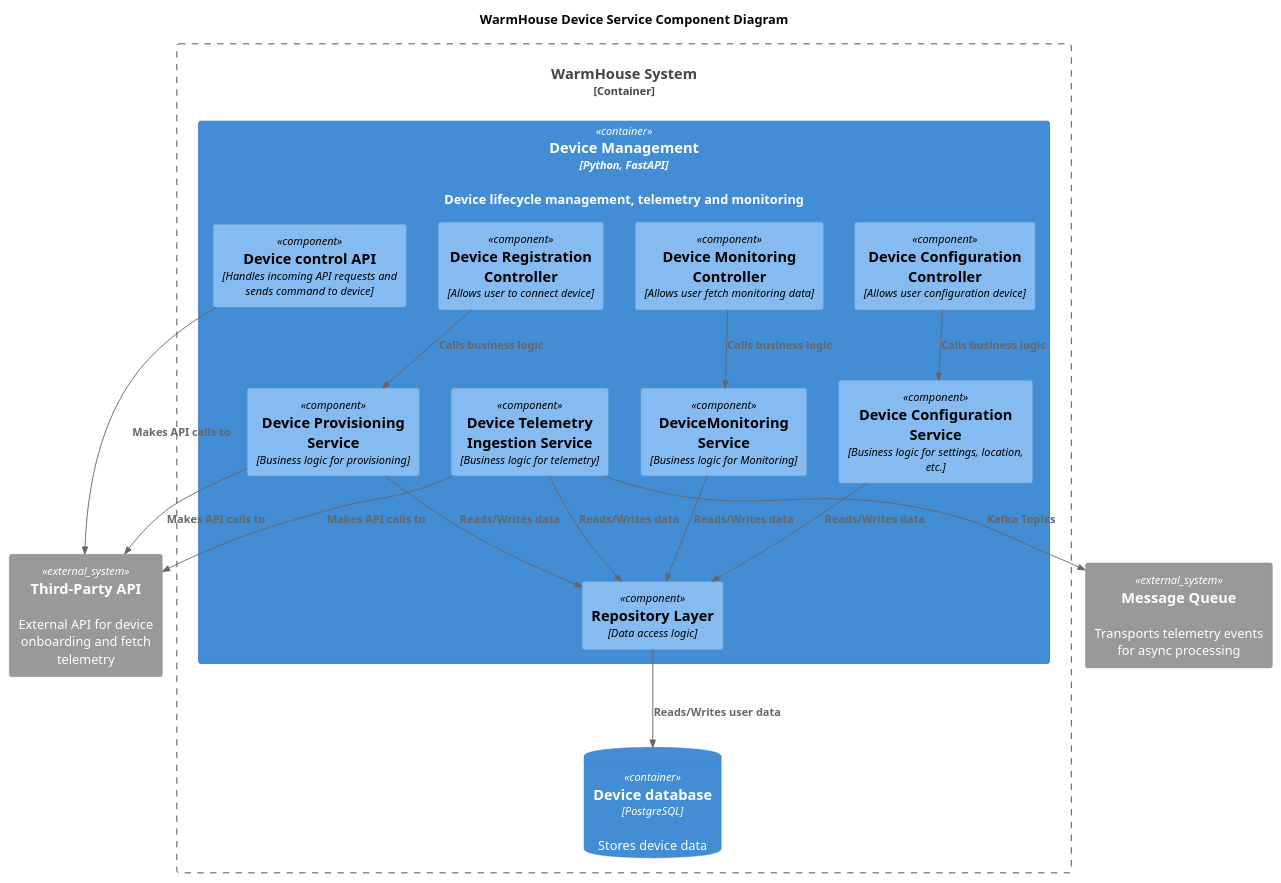
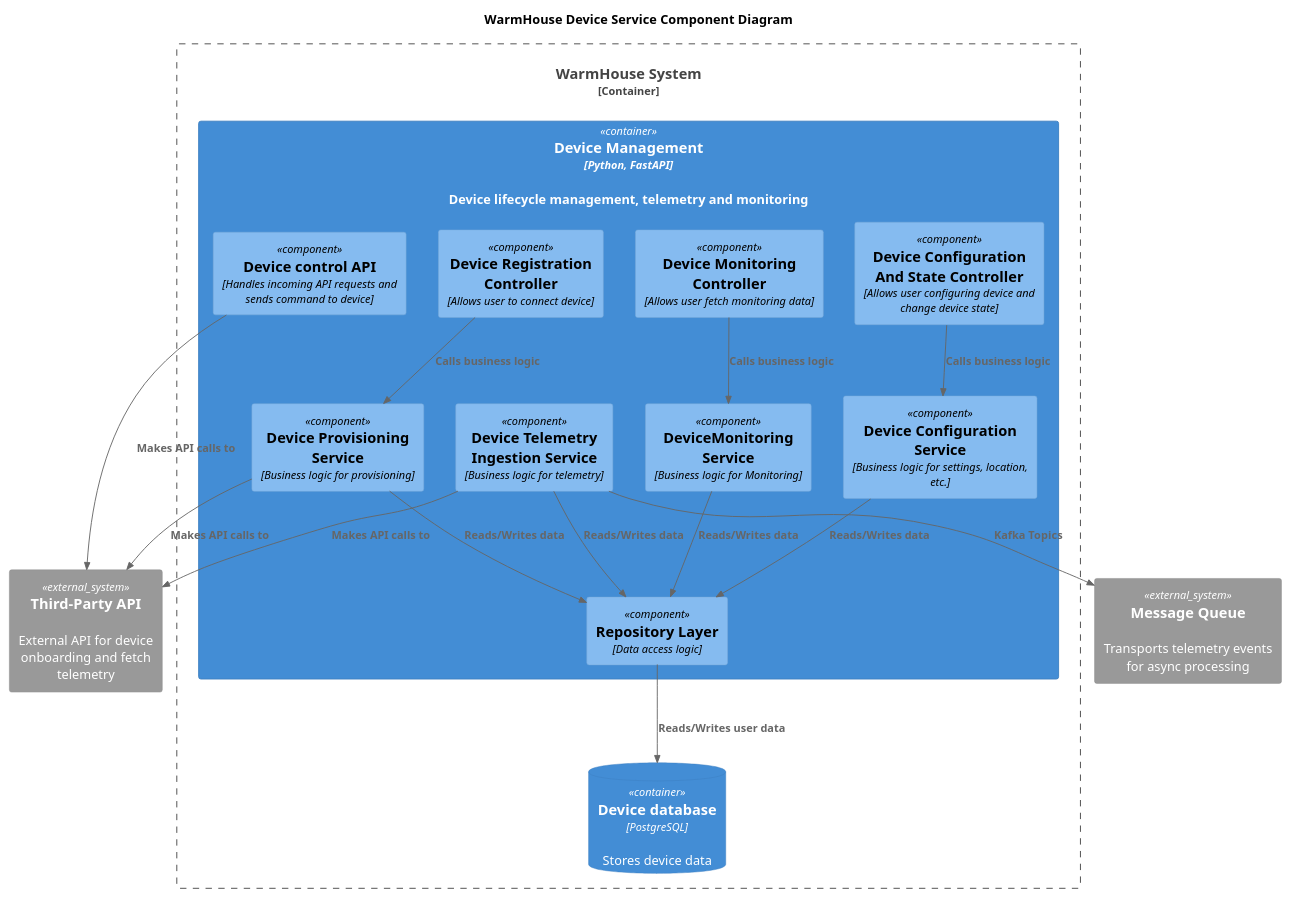
The diagram in diagrams/Component_Device_Management.puml (EvgenyTernovoy/warmhouse), drawn with PlantUML before and after one commit. The commit also changed 4 other files, not shown here.

Commit message:
fix: diagrams

```diff
--- a/diagrams/Component_Device_Management.puml
+++ b/diagrams/Component_Device_Management.puml
@@ -1,41 +1,41 @@
 @startuml
 title WarmHouse Device Service Component Diagram
 
 top to bottom direction
 
 !includeurl https://raw.githubusercontent.com/RicardoNiepel/C4-PlantUML/master/C4_Component.puml
 
 Container_Boundary(WarmHouseSystem, "WarmHouse System") {
   Container(DeviceManagement, "Device Management", "Python, FastAPI", "Device lifecycle management, telemetry and monitoring")
   ContainerDb(DeviceDB, "Device database", "PostgreSQL", "Stores device data")
 }
 
 Container(DeviceManagement, "Device Management", "Python, FastAPI") {
   Component(DeviceControlAPI, "Device control API", "Handles incoming API requests and sends command to device")
   Component(DeviceRegistrationController, "Device Registration Controller", "Allows user to connect device")
-  Component(DeviceConfigController, "Device Configuration Controller", "Allows user configuration device")
+  Component(DeviceConfigAndStateController, "Device Configuration And State Controller", "Allows user configuring device and change device state")
   Component(MonitoringController, "Device Monitoring Controller", "Allows user fetch monitoring data")
   Component(MonitoringService, "DeviceMonitoring Service", "Business logic for Monitoring")
   Component(TelemetryIngestionService, "Device Telemetry Ingestion Service", "Business logic for telemetry")
   Component(DeviceProvisioningService, "Device Provisioning Service", "Business logic for provisioning")
   Component(DeviceConfigService, "Device Configuration Service", "Business logic for settings, location, etc.")
   Component(RepositoryLayer, "Repository Layer", "Data access logic")
 }
 
 System_Ext(api, "Third-Party API", "External API for device onboarding and fetch telemetry")
 System_Ext(messageQueue, "Message Queue", "Transports telemetry events for async processing")
 
 
 Rel(DeviceRegistrationController,DeviceProvisioningService,"Calls business logic")
-Rel(DeviceConfigController,DeviceConfigService,"Calls business logic")
+Rel(DeviceConfigAndStateController,DeviceConfigService,"Calls business logic")
 Rel(MonitoringController, MonitoringService,"Calls business logic")
 Rel(MonitoringService, RepositoryLayer,"Reads/Writes data")
 Rel(DeviceProvisioningService,RepositoryLayer,"Reads/Writes data")
 Rel(DeviceConfigService,RepositoryLayer,"Reads/Writes data")
 Rel(TelemetryIngestionService,RepositoryLayer,"Reads/Writes data")
 Rel(TelemetryIngestionService,messageQueue,"Kafka Topics")
 Rel(RepositoryLayer,DeviceDB,"Reads/Writes user data")
 Rel(TelemetryIngestionService,api,"Makes API calls to")
 Rel(DeviceProvisioningService,api,"Makes API calls to")
 Rel(DeviceControlAPI,api,"Makes API calls to")
 @enduml
```
